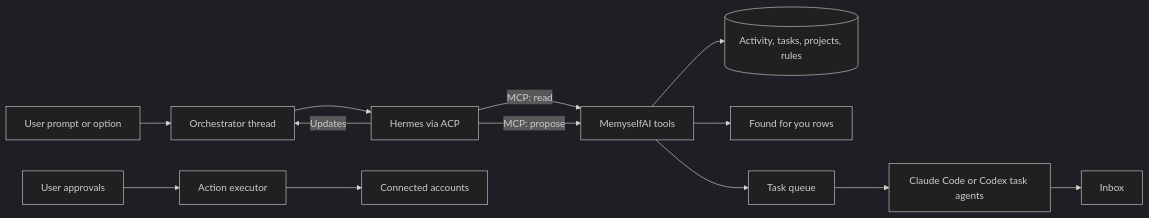
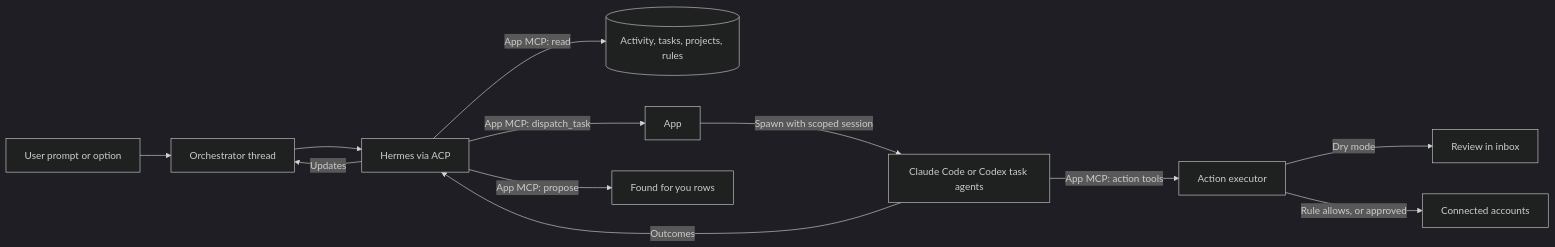
Before and after one commit to Dodecahedr0x/me-myself-ai: the diagram in docs/specs/hermes-orchestrator.md, drawn with Mermaid (dark theme). The commit also changed other lines of this file and 7 other files, not shown here.

Commit message:
docs: shared agent setup, app MCP server, Hermes dispatch and ownership protocol

````diff
--- a/docs/specs/hermes-orchestrator.md
+++ b/docs/specs/hermes-orchestrator.md
@@ -11,15 +11,14 @@
 ```mermaid
 flowchart LR
     User[User prompt or option] --> Thread[Orchestrator thread]
     Thread --> Hermes[Hermes via ACP]
-    Hermes -->|MCP: read| Tools[MemyselfAI tools]
-    Tools --> Store[(Activity, tasks, projects, rules)]
-    Hermes -->|MCP: propose| Tools
-    Tools --> Found[Found for you rows]
-    Tools --> Queue[Task queue]
-    Queue --> Workers[Claude Code or Codex task agents]
-    Workers --> Inbox[Inbox]
+    Hermes -->|App MCP: read| Store[(Activity, tasks, projects, rules)]
+    Hermes -->|App MCP: dispatch_task| App[App]
+    Hermes -->|App MCP: propose| Found[Found for you rows]
+    App -->|Spawn with scoped session| Workers[Claude Code or Codex task agents]
+    Workers -->|App MCP: action tools| Executor[Action executor]
+    Executor -->|Dry mode| Inbox[Review in inbox]
+    Executor -->|Rule allows, or approved| Sources[Connected accounts]
+    Workers -->|Outcomes| Hermes
     Hermes -->|Updates| Thread
-    Approvals[User approvals] --> Executor[Action executor]
-    Executor --> Sources[Connected accounts]
 ```
````
